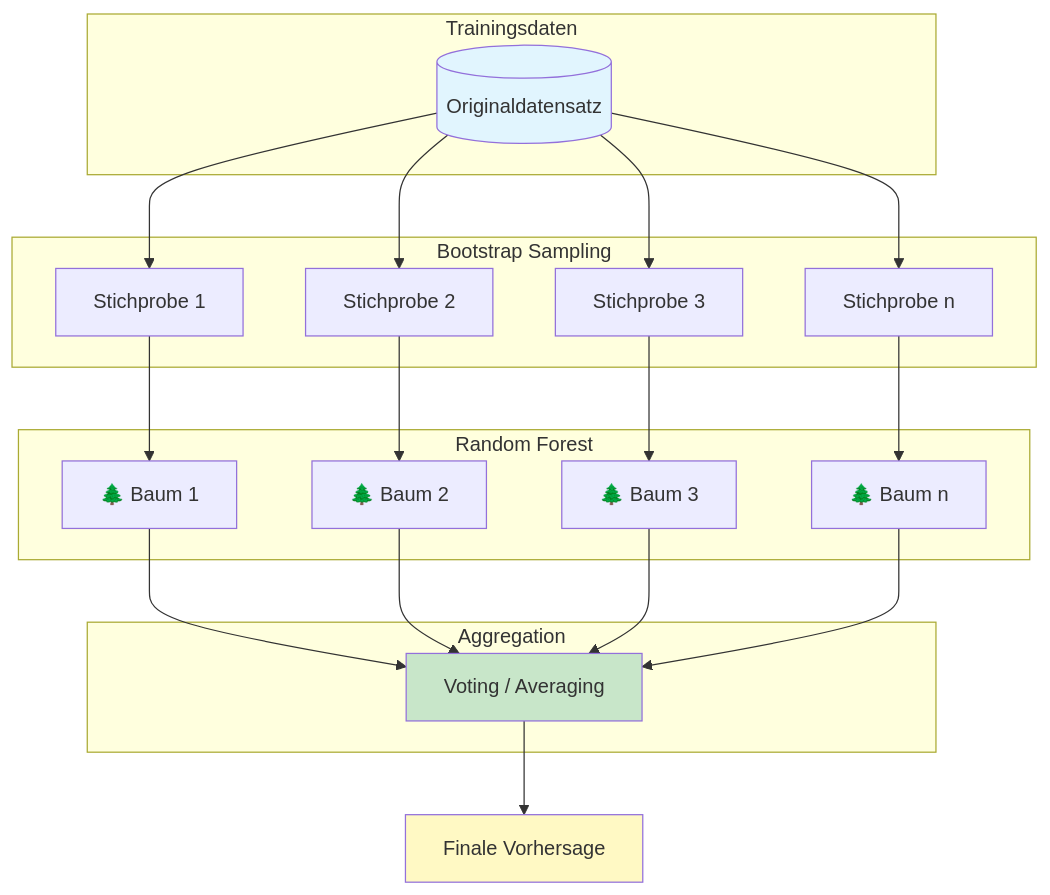
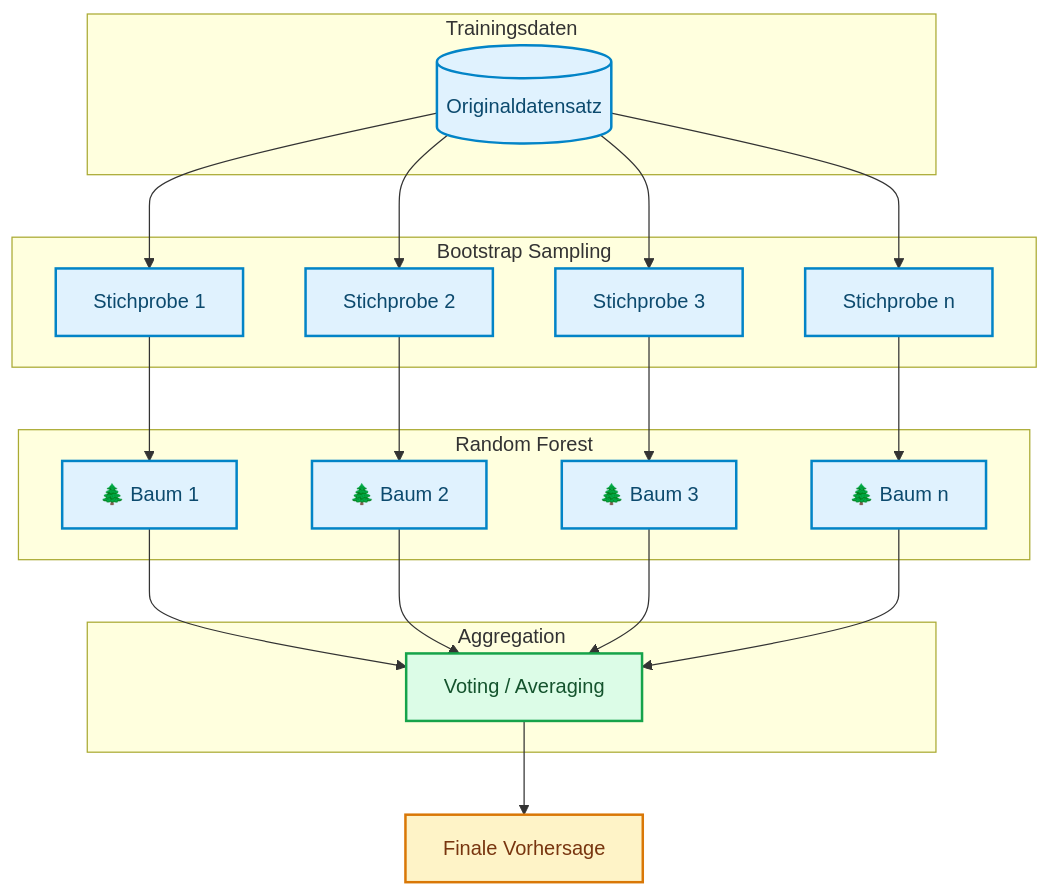
One commit to ralf-42/ML_Intro changed the first of 5 diagrams in docs/concepts/modeling/random-forest.md. Above: the diagram before and after it, drawn with Mermaid. The commit also changed other lines of this file and 67 other files, not shown here.

````diff
--- a/docs/concepts/modeling/random-forest.md
+++ b/docs/concepts/modeling/random-forest.md
@@ -34,45 +34,47 @@
 ```mermaid
 flowchart TD
     subgraph Trainingsdaten
         D[("Originaldatensatz")]
     end
     
     subgraph Bootstrap["Bootstrap Sampling"]
         B1["Stichprobe 1"]
         B2["Stichprobe 2"]
         B3["Stichprobe 3"]
         Bn["Stichprobe n"]
     end
     
     subgraph Forest["Random Forest"]
         T1["🌲 Baum 1"]
         T2["🌲 Baum 2"]
         T3["🌲 Baum 3"]
         Tn["🌲 Baum n"]
     end
     
     subgraph Aggregation
         V["Voting / Averaging"]
     end
     
     D --> B1
     D --> B2
     D --> B3
     D --> Bn
     
     B1 --> T1
     B2 --> T2
     B3 --> T3
     Bn --> Tn
     
     T1 --> V
     T2 --> V
     T3 --> V
     Tn --> V
     
     V --> P["Finale Vorhersage"]
-    
-    style D fill:#e1f5fe
-    style V fill:#c8e6c9
-    style P fill:#fff9c4
+
+    classDef default fill:#e0f2fe,stroke:#0284c7,stroke-width:2px,color:#0c4a6e;
+    classDef metric fill:#fef3c7,stroke:#d97706,stroke-width:2px,color:#78350f;
+    classDef output fill:#dcfce7,stroke:#16a34a,stroke-width:2px,color:#14532d;
+    class P metric;
+    class V output;
 ```
````
